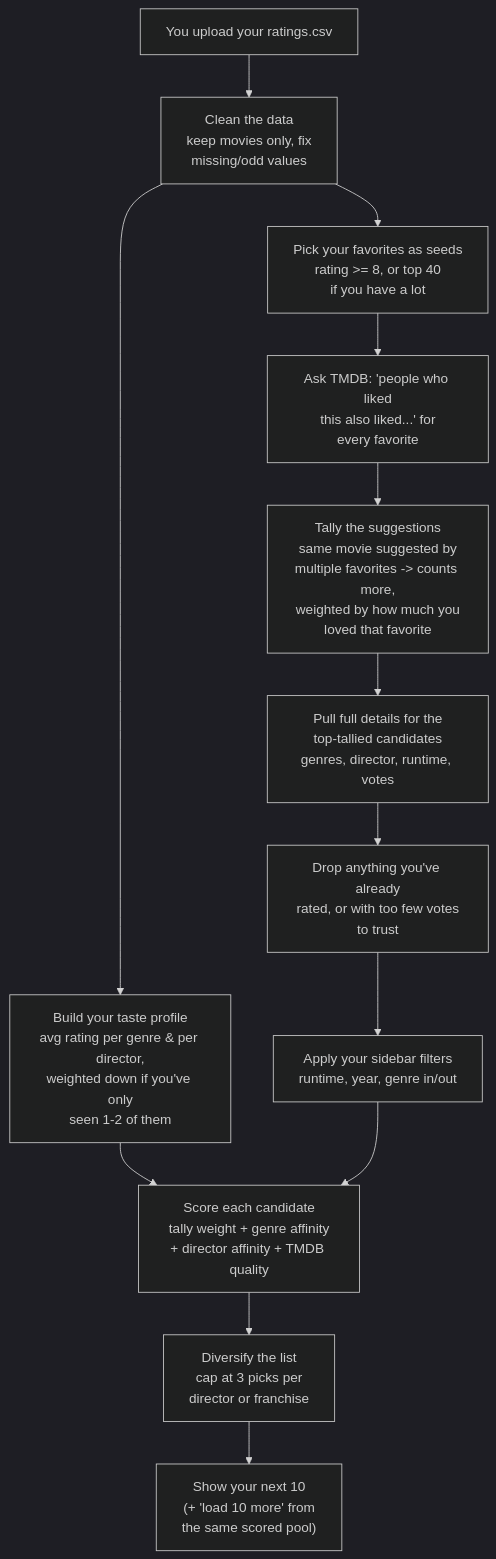
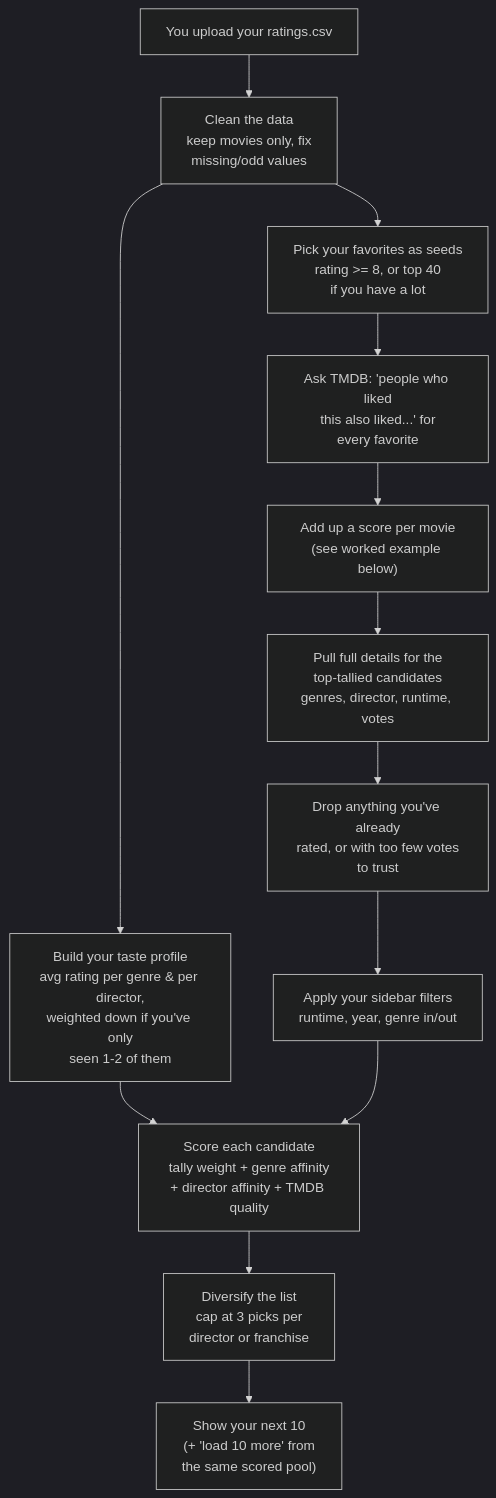
The diagram in README.md (Swkratis210204/MovieAdvisor), drawn with Mermaid (dark theme) before and after one commit. The commit also changed other lines of this file, not shown here.

````diff
--- a/README.md
+++ b/README.md
@@ -33,19 +33,19 @@
 ```mermaid
 flowchart TD
     A["You upload your ratings.csv"] --> B["Clean the data\nkeep movies only, fix\nmissing/odd values"]
 
     B --> C["Build your taste profile\navg rating per genre & per director,\nweighted down if you've only\nseen 1-2 of them"]
 
     B --> D["Pick your favorites as seeds\nrating >= 8, or top 40\nif you have a lot"]
     D --> E["Ask TMDB: 'people who liked\nthis also liked...' for\nevery favorite"]
-    E --> F["Tally the suggestions\nsame movie suggested by\nmultiple favorites -> counts more,\nweighted by how much you\nloved that favorite"]
+    E --> F["Add up a score per movie\n(see worked example below)"]
 
     F --> G["Pull full details for the\ntop-tallied candidates\ngenres, director, runtime, votes"]
     G --> H["Drop anything you've already\nrated, or with too few votes\nto trust"]
 
     C --> J
     H --> I["Apply your sidebar filters\nruntime, year, genre in/out"]
     I --> J["Score each candidate\ntally weight + genre affinity\n+ director affinity + TMDB quality"]
     J --> K["Diversify the list\ncap at 3 picks per\ndirector or franchise"]
     K --> L["Show your next 10\n(+ 'load 10 more' from\nthe same scored pool)"]
 ```
````
